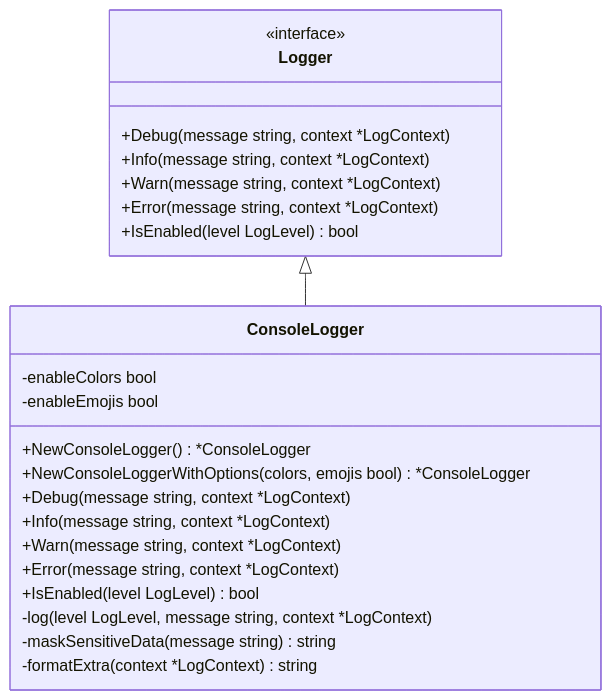
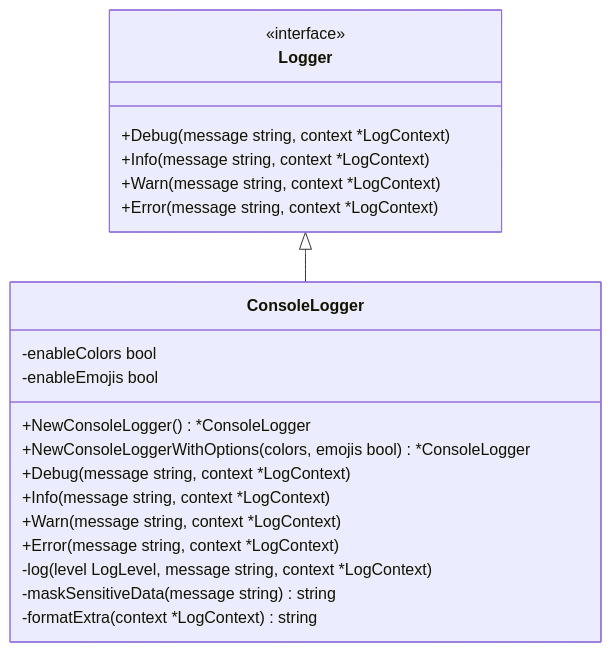
Before and after one commit to fabiobends/cribe-server: the first of 5 diagrams in docs/LOGGER_ARCHITECTURE.md, drawn with Mermaid. The commit also changed other lines of this file and 22 other files, not shown here.

````diff
--- a/docs/LOGGER_ARCHITECTURE.md
+++ b/docs/LOGGER_ARCHITECTURE.md
@@ -13,28 +13,26 @@
 ```mermaid
 classDiagram
     class Logger {
         <<interface>>
         +Debug(message string, context *LogContext)
         +Info(message string, context *LogContext)
         +Warn(message string, context *LogContext)
         +Error(message string, context *LogContext)
-        +IsEnabled(level LogLevel) bool
     }
 
     class ConsoleLogger {
         -enableColors bool
         -enableEmojis bool
         +NewConsoleLogger() *ConsoleLogger
         +NewConsoleLoggerWithOptions(colors, emojis bool) *ConsoleLogger
         +Debug(message string, context *LogContext)
         +Info(message string, context *LogContext)
         +Warn(message string, context *LogContext)
         +Error(message string, context *LogContext)
-        +IsEnabled(level LogLevel) bool
         -log(level LogLevel, message string, context *LogContext)
         -maskSensitiveData(message string) string
         -formatExtra(context *LogContext) string
     }
 
     Logger <|-- ConsoleLogger
 ```
````
